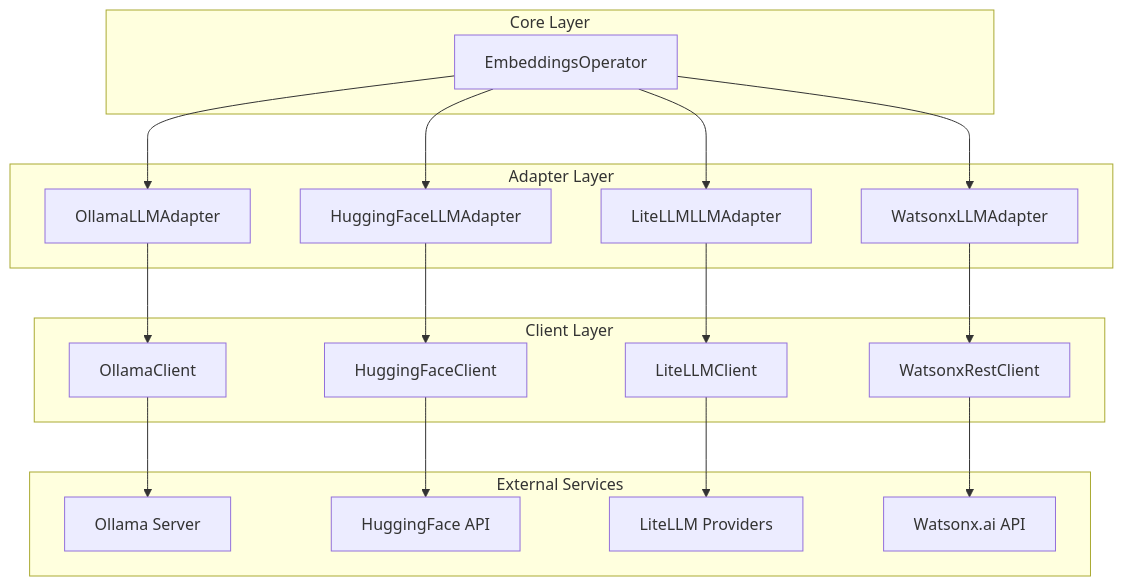
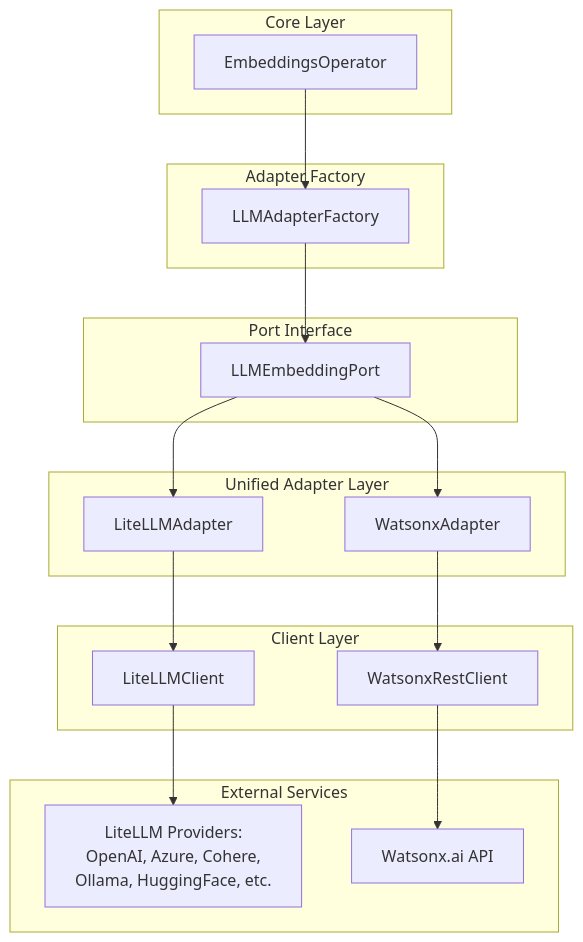
One commit to anupvarma007-ui/datasift-opensource changed diagram 18 of 32 in ARCHITECTURE.md. Above: the diagram before and after it, drawn with Mermaid. The commit also changed other lines of this file and 15 other files, not shown here.

````diff
--- a/ARCHITECTURE.md
+++ b/ARCHITECTURE.md
@@ -2208,37 +2206,37 @@
 ```mermaid
 graph TB
     subgraph "Core Layer"
         EMB[EmbeddingsOperator]
     end
 
-    subgraph "Adapter Layer"
-        OLA[OllamaLLMAdapter]
-        HFA[HuggingFaceLLMAdapter]
-        LLA[LiteLLMLLMAdapter]
-        WXA[WatsonxLLMAdapter]
+    subgraph "Adapter Factory"
+        FAC[LLMAdapterFactory]
+    end
+
+    subgraph "Unified Adapter Layer"
+        LLA[LiteLLMAdapter]
+        WXA[WatsonxAdapter]
+    end
+
+    subgraph "Port Interface"
+        PORT[LLMEmbeddingPort]
     end
 
     subgraph "Client Layer"
-        OLC[OllamaClient]
-        HFC[HuggingFaceClient]
         LLC[LiteLLMClient]
         WRC[WatsonxRestClient]
     end
 
     subgraph "External Services"
-        OLS[Ollama Server]
-        HFS[HuggingFace API]
-        LLS[LiteLLM Providers]
+        LLS[LiteLLM Providers:<br/>OpenAI, Azure, Cohere,<br/>Ollama, HuggingFace, etc.]
         WXS[Watsonx.ai API]
     end
 
-    EMB --> OLA
-    EMB --> HFA
-    EMB --> LLA
-    EMB --> WXA
+    EMB --> FAC
+    FAC --> PORT
+    PORT --> LLA
+    PORT --> WXA
 
-    OLA --> OLC --> OLS
-    HFA --> HFC --> HFS
     LLA --> LLC --> LLS
     WXA --> WRC --> WXS
 ```
````
